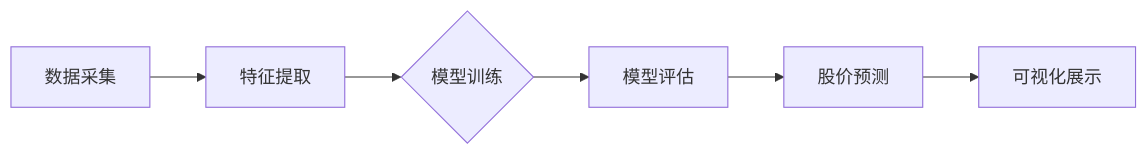
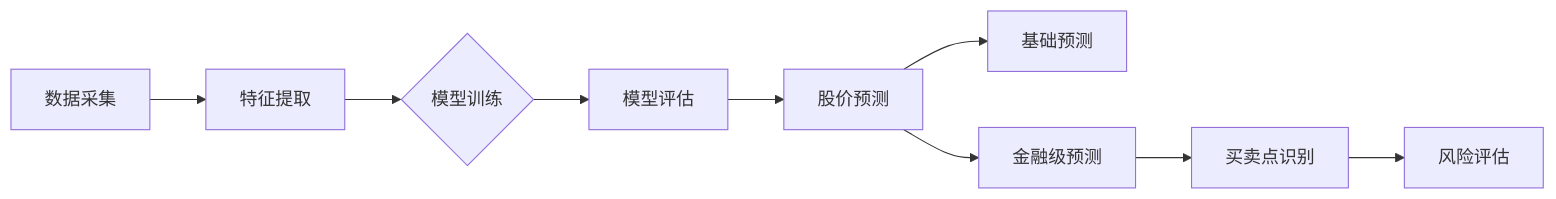
One commit to zzhtl/biga changed the diagram in README.md. Above: the diagram before and after it, drawn with Mermaid. The commit also changed other lines of this file and 17 other files, not shown here.

````diff
--- a/README.md
+++ b/README.md
@@ -71,8 +110,11 @@
 ```mermaid
 graph LR
     A[数据采集] --> B[特征提取]
     B --> C{模型训练}
     C --> D[模型评估]
     D --> E[股价预测]
-    E --> F[可视化展示]
+    E --> F1[基础预测]
+    E --> F2[金融级预测]
+    F2 --> G[买卖点识别]
+    G --> H[风险评估]
 ```
````
